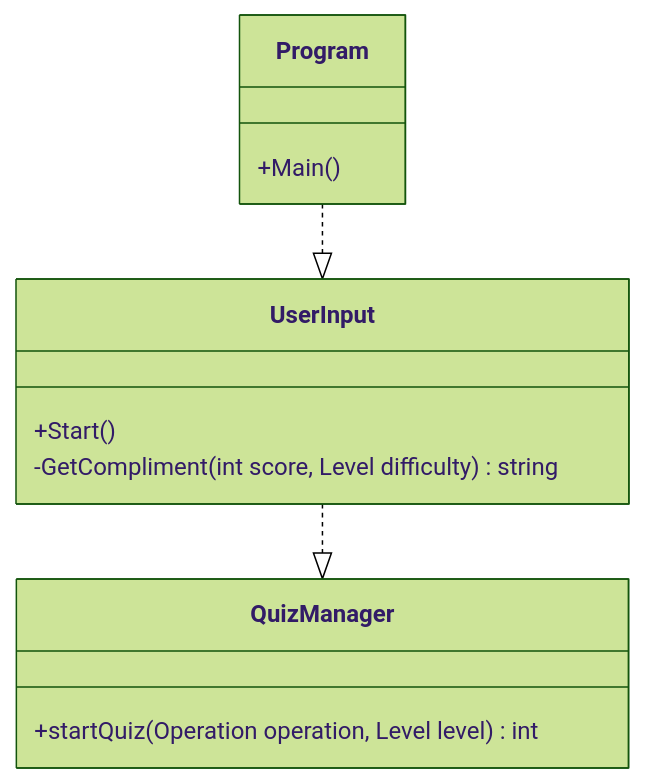
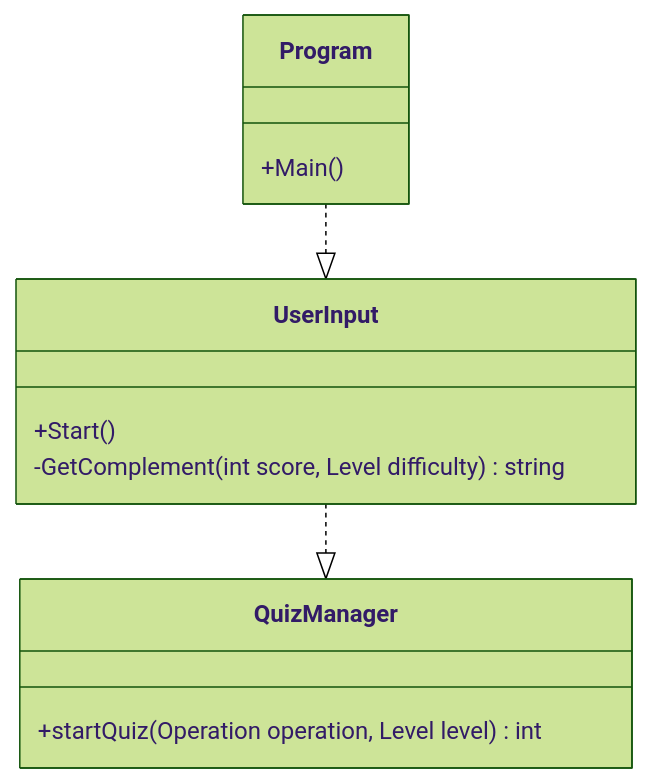
The first of 4 diagrams in readme.md (CodeDreamer06/MathGameChallenge), drawn with Mermaid (forest theme) before and after one commit. The commit also changed 2 other files, not shown here.

Commit message:
Added the storyline

````diff
--- a/readme.md
+++ b/readme.md
@@ -4,18 +4,18 @@
 ```mermaid
 classDiagram
   class Program {
     +Main()
   }
 
   class UserInput {
     +Start()
-    -GetCompliment(int score, Level difficulty) string
+    -GetComplement(int score, Level difficulty) string
   }
   
   class QuizManager {
 	  +startQuiz(Operation operation, Level level) int
   }
     
   Program ..|> UserInput
   UserInput ..|> QuizManager
 ```
````
